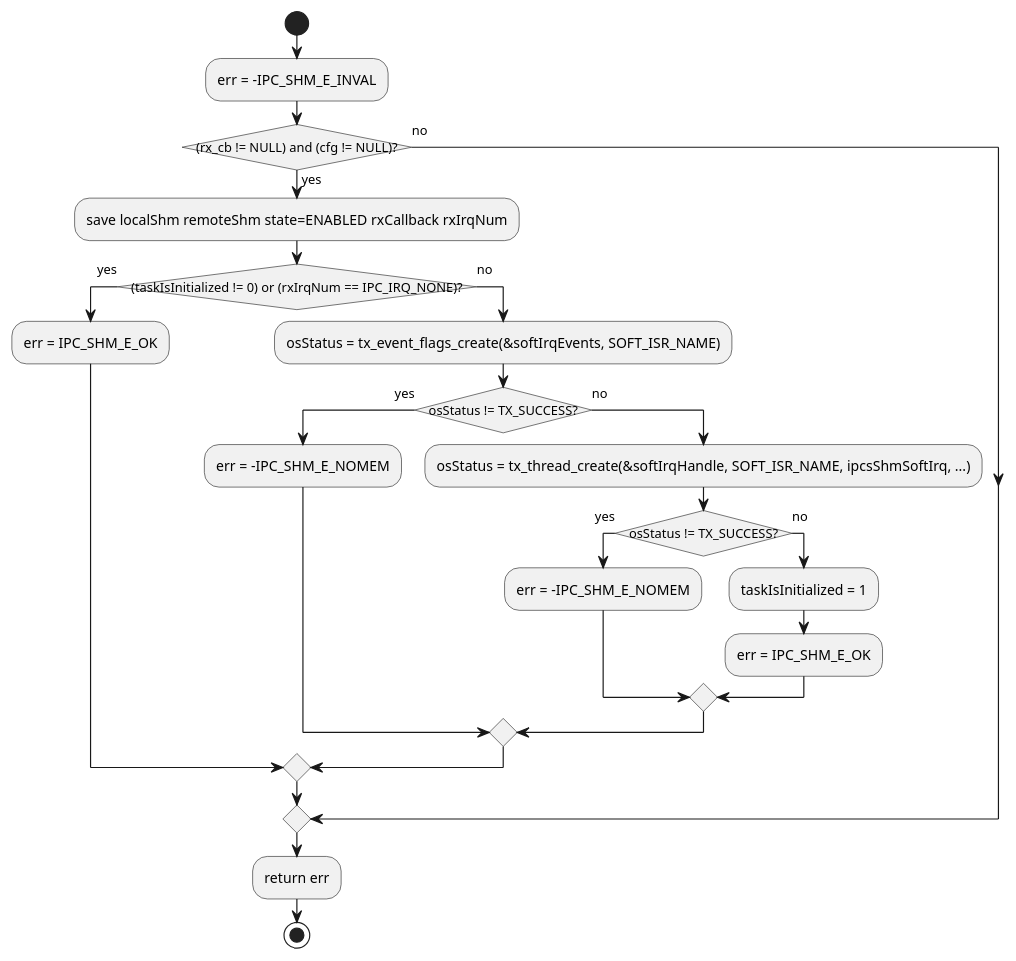
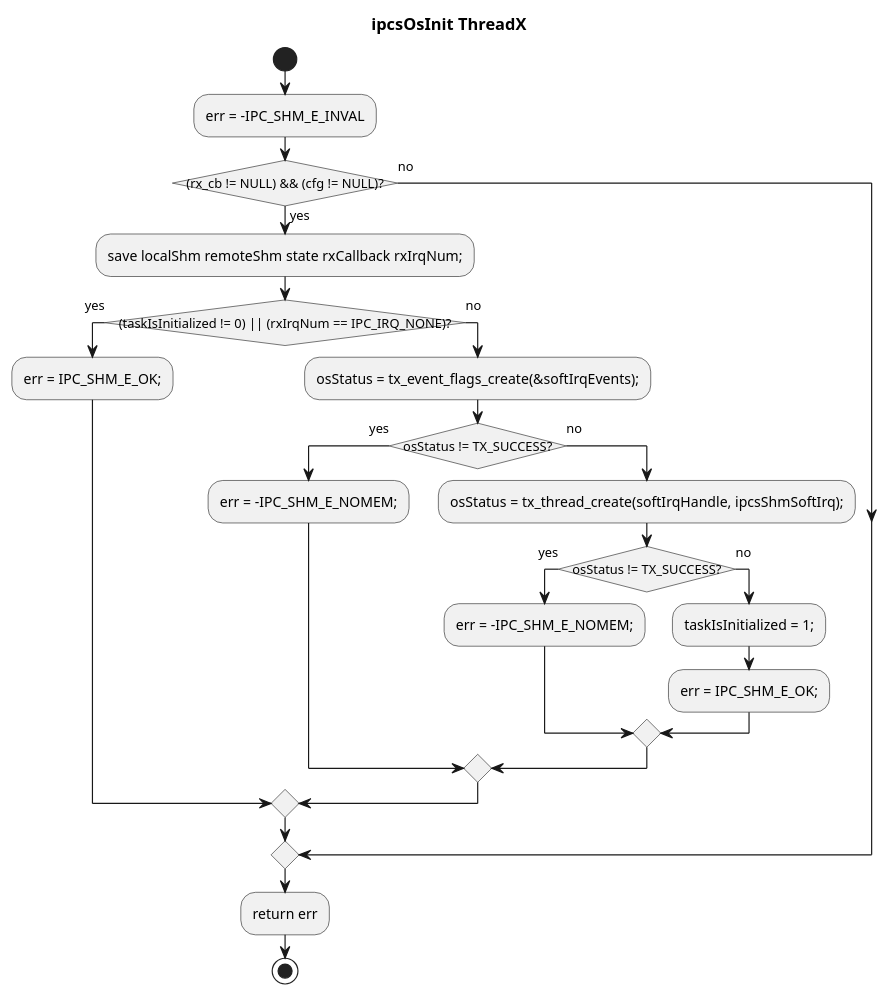
One commit to Mastang1/sad_sdd_proj changed the diagram in c1_sdd_linux-ipcs/cursor_tmp/flow_umls/tx_3_4_56.puml. Above: the diagram before and after it, drawn with PlantUML. The commit also changed 40 other files, not shown here.

Commit message:
fix the endif error in flow

```diff
--- a/c1_sdd_linux-ipcs/cursor_tmp/flow_umls/tx_3_4_56.puml
+++ b/c1_sdd_linux-ipcs/cursor_tmp/flow_umls/tx_3_4_56.puml
@@ -1,29 +1,30 @@
 @startuml
 !pragma layout smetana
 skinparam conditionStyle insideDiamond
 skinparam linetype ortho
+title ipcsOsInit ThreadX
 start
 :err = -IPC_SHM_E_INVAL;
-if ((rx_cb != NULL) and (cfg != NULL)?) then (yes)
-  :save localShm remoteShm state=ENABLED rxCallback rxIrqNum;
-  if ((taskIsInitialized != 0) or (rxIrqNum == IPC_IRQ_NONE)?) then (yes)
-    :err = IPC_SHM_E_OK;
+if ((rx_cb != NULL) && (cfg != NULL)?) then (yes)
+  :save localShm remoteShm state rxCallback rxIrqNum;;
+  if ((taskIsInitialized != 0) || (rxIrqNum == IPC_IRQ_NONE)?) then (yes)
+    :err = IPC_SHM_E_OK;;
   else (no)
-    :osStatus = tx_event_flags_create(&softIrqEvents, SOFT_ISR_NAME);
+    :osStatus = tx_event_flags_create(&softIrqEvents);;
     if (osStatus != TX_SUCCESS?) then (yes)
-      :err = -IPC_SHM_E_NOMEM;
+      :err = -IPC_SHM_E_NOMEM;;
     else (no)
-      :osStatus = tx_thread_create(&softIrqHandle, SOFT_ISR_NAME, ipcsShmSoftIrq, ...);
+      :osStatus = tx_thread_create(softIrqHandle, ipcsShmSoftIrq);;
       if (osStatus != TX_SUCCESS?) then (yes)
-        :err = -IPC_SHM_E_NOMEM;
+        :err = -IPC_SHM_E_NOMEM;;
       else (no)
-        :taskIsInitialized = 1;
-        :err = IPC_SHM_E_OK;
+        :taskIsInitialized = 1;;
+        :err = IPC_SHM_E_OK;;
       endif
     endif
   endif
 else (no)
 endif
 :return err;
 stop
 @enduml
```
